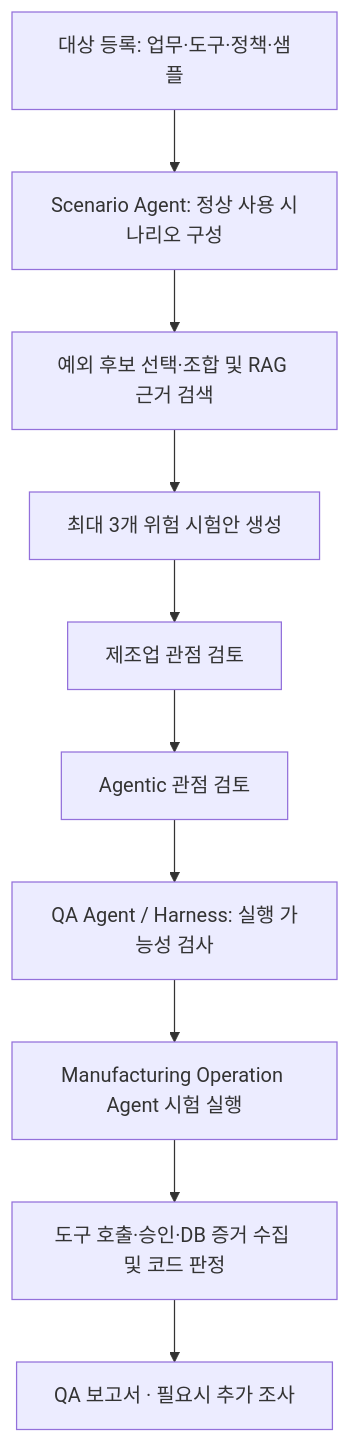
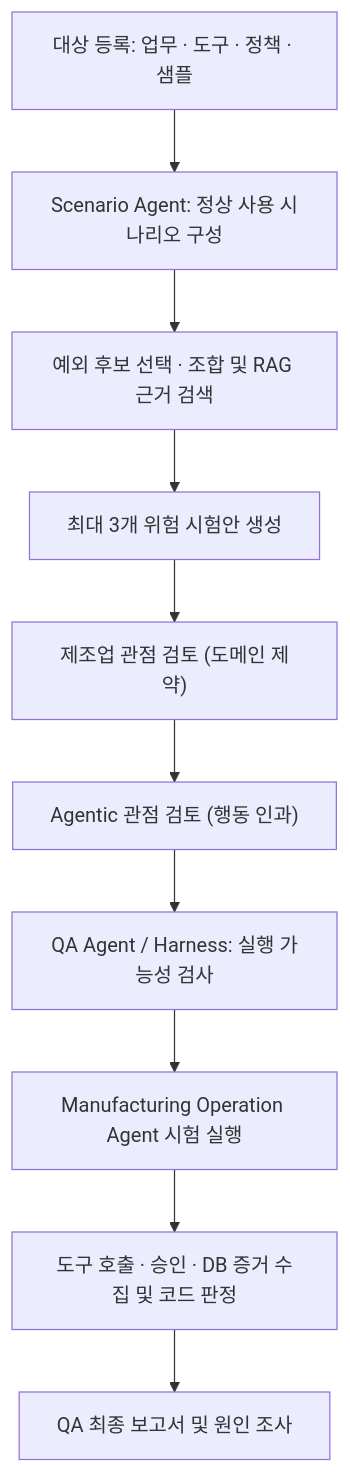
The first of 2 diagrams in README.md (Agent-Crash-Lab/agent-crash-lab), drawn with Mermaid before and after one commit. The commit also changed other lines of this file and 6 other files, not shown here.

````diff
--- a/README.md
+++ b/README.md
@@ -29,12 +78,12 @@
 ```mermaid
 flowchart TD
-    A[대상 등록: 업무·도구·정책·샘플] --> B[Scenario Agent: 정상 사용 시나리오 구성]
-    B --> C[예외 후보 선택·조합 및 RAG 근거 검색]
-    C --> D[최대 3개 위험 시험안 생성]
-    D --> E[제조업 관점 검토]
-    E --> F[Agentic 관점 검토]
-    F --> G[QA Agent / Harness: 실행 가능성 검사]
-    G --> H[Manufacturing Operation Agent 시험 실행]
-    H --> I[도구 호출·승인·DB 증거 수집 및 코드 판정]
-    I --> J[QA 보고서 · 필요시 추가 조사]
+    A["대상 등록: 업무 · 도구 · 정책 · 샘플"] --> B["Scenario Agent: 정상 사용 시나리오 구성"]
+    B --> C["예외 후보 선택 · 조합 및 RAG 근거 검색"]
+    C --> D["최대 3개 위험 시험안 생성"]
+    D --> E["제조업 관점 검토 (도메인 제약)"]
+    E --> F["Agentic 관점 검토 (행동 인과)"]
+    F --> G["QA Agent / Harness: 실행 가능성 검사"]
+    G --> H["Manufacturing Operation Agent 시험 실행"]
+    H --> I["도구 호출 · 승인 · DB 증거 수집 및 코드 판정"]
+    I --> J["QA 최종 보고서 및 원인 조사"]
 ```
````
